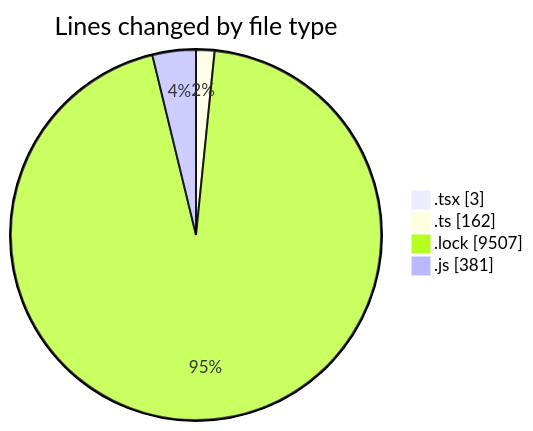
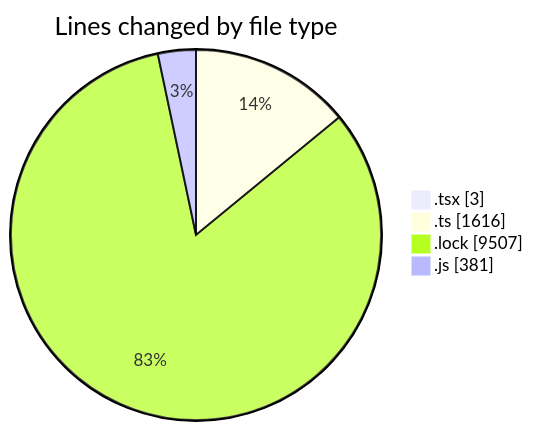
The first of 2 diagrams in 2026-02-18/cda/README.md (momahboobian/code-tracking), drawn with Mermaid before and after one commit. The commit also changed other lines of this file and 1 other file, not shown here.

````diff
--- a/2026-02-18/cda/README.md
+++ b/2026-02-18/cda/README.md
@@ -24,8 +25,8 @@
 ```mermaid
 pie showData
 title Lines changed by file type
 ".tsx" : 3
-".ts" : 162
+".ts" : 1616
 ".lock" : 9507
 ".js" : 381
 ```
````
